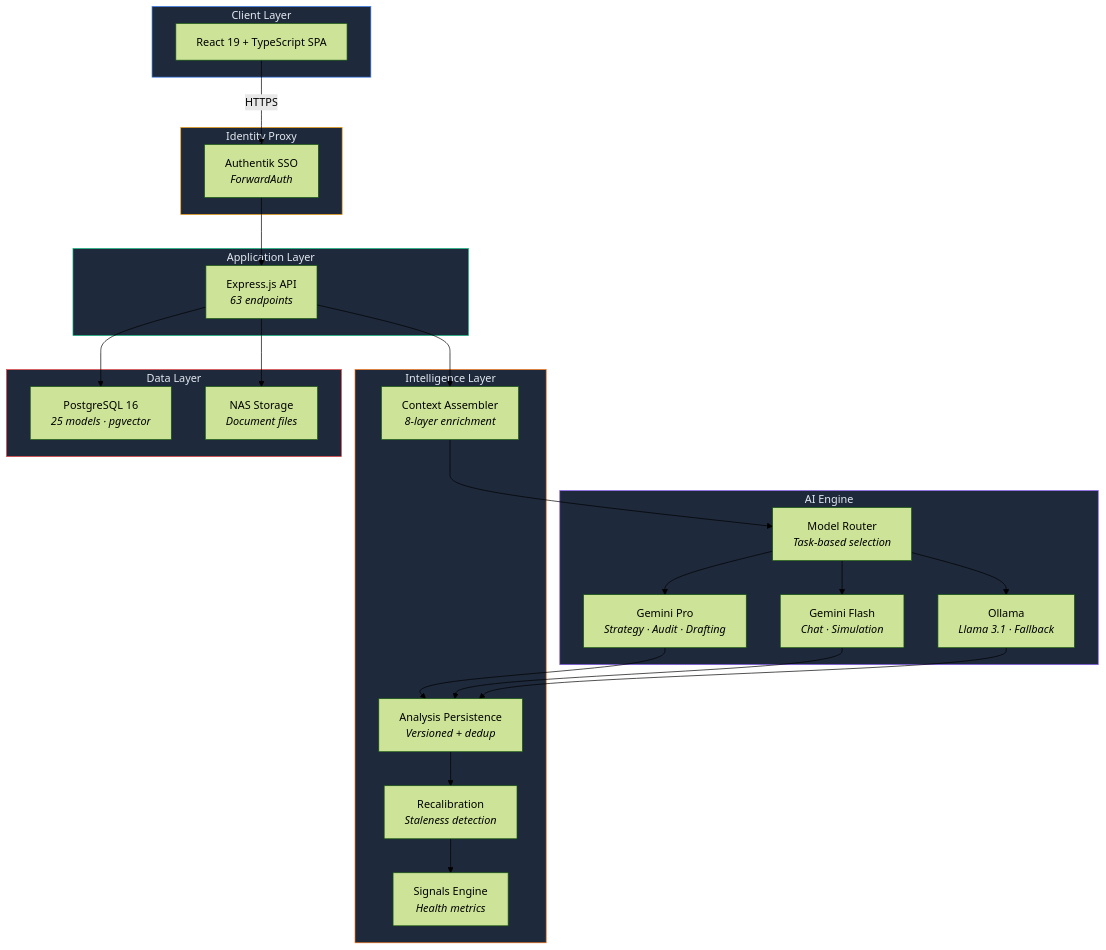
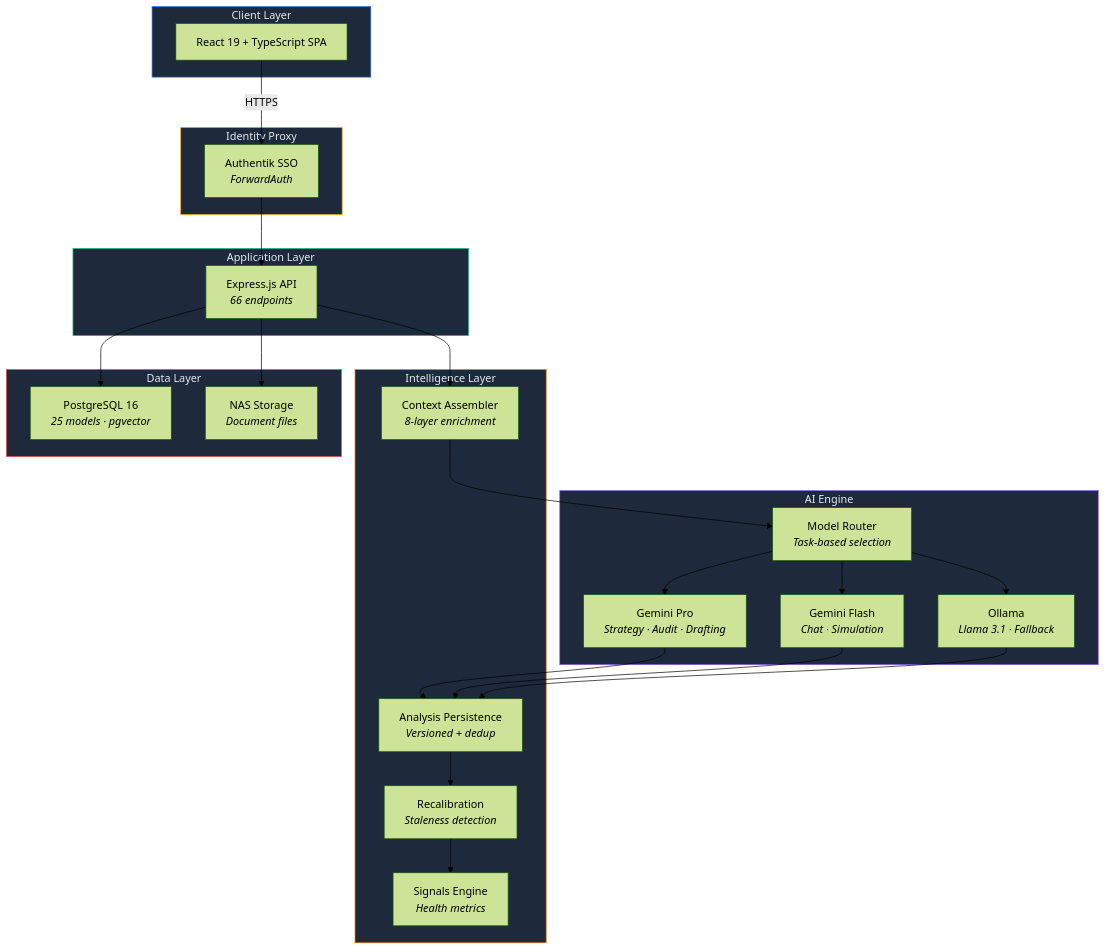
Before and after one commit to EolaFam1828/AetherLegalIntelligence: the diagram in README.md, drawn with Mermaid (forest theme). The commit also changed other lines of this file and 5 other files, not shown here.

````diff
--- a/README.md
+++ b/README.md
@@ -216,50 +218,50 @@
 ```mermaid
 flowchart TB
     subgraph CLIENT["Client Layer"]
         UI["React 19 + TypeScript SPA"]
     end
 
     subgraph EDGE["Identity Proxy"]
         AK["Authentik SSO<br/><i>ForwardAuth</i>"]
     end
 
     subgraph API["Application Layer"]
-        EX["Express.js API<br/><i>63 endpoints</i>"]
+        EX["Express.js API<br/><i>66 endpoints</i>"]
     end
 
     subgraph AI["AI Engine"]
         RT["Model Router<br/><i>Task-based selection</i>"]
         G3P["Gemini Pro<br/><i>Strategy · Audit · Drafting</i>"]
         G3F["Gemini Flash<br/><i>Chat · Simulation</i>"]
         OL["Ollama<br/><i>Llama 3.1 · Fallback</i>"]
     end
 
     subgraph INTEL["Intelligence Layer"]
         CTX["Context Assembler<br/><i>8-layer enrichment</i>"]
         SIG["Signals Engine<br/><i>Health metrics</i>"]
         PERSIST["Analysis Persistence<br/><i>Versioned + dedup</i>"]
         RECAL["Recalibration<br/><i>Staleness detection</i>"]
     end
 
     subgraph DATA["Data Layer"]
         PG["PostgreSQL 16<br/><i>25 models · pgvector</i>"]
         FS["NAS Storage<br/><i>Document files</i>"]
     end
 
     UI -->|HTTPS| AK
     AK --> EX
     EX --> CTX
     CTX --> RT
     RT --> G3P & G3F & OL
     G3P & G3F & OL --> PERSIST
     PERSIST --> RECAL
     RECAL --> SIG
     EX --> PG & FS
 
     style CLIENT fill:#1e293b,stroke:#3b82f6,color:#e2e8f0
     style EDGE fill:#1e293b,stroke:#f59e0b,color:#e2e8f0
     style API fill:#1e293b,stroke:#10b981,color:#e2e8f0
     style AI fill:#1e293b,stroke:#8b5cf6,color:#e2e8f0
     style INTEL fill:#1e293b,stroke:#f97316,color:#e2e8f0
     style DATA fill:#1e293b,stroke:#ef4444,color:#e2e8f0
 ```
````
